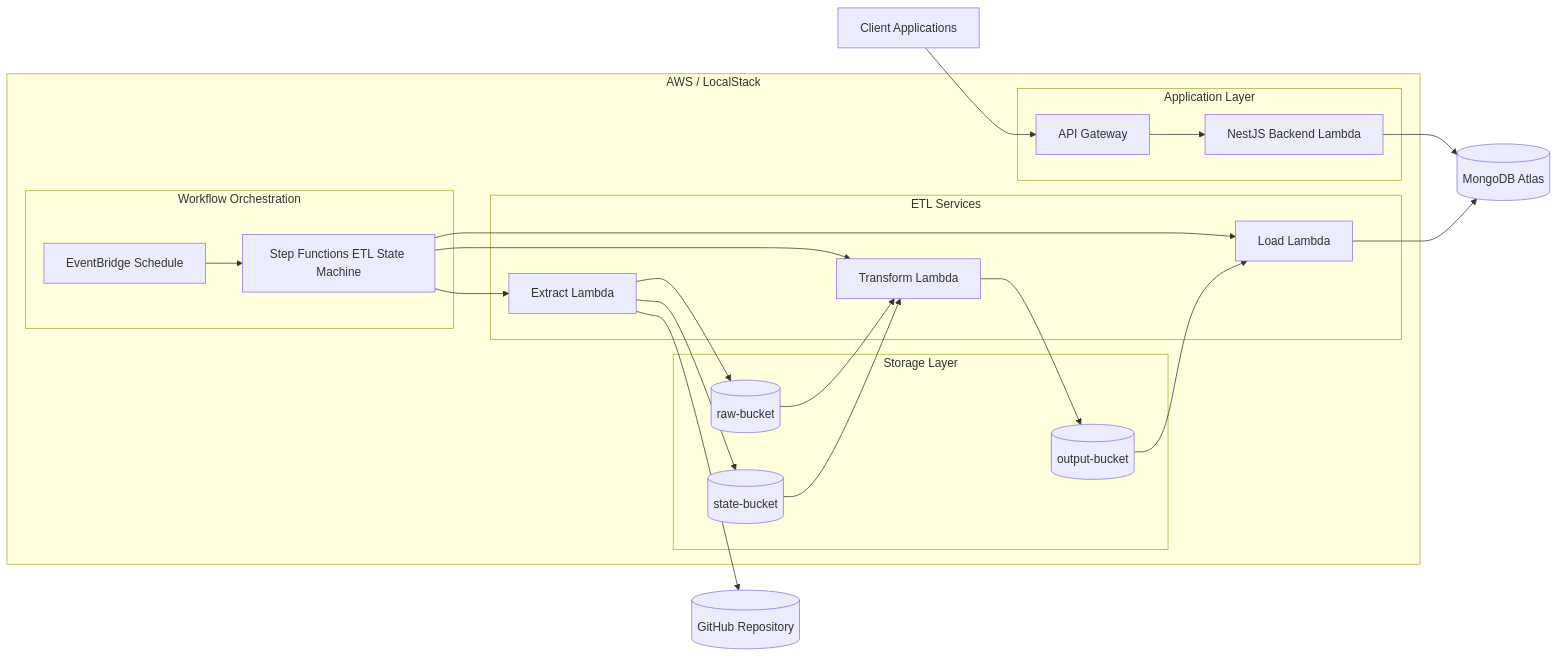
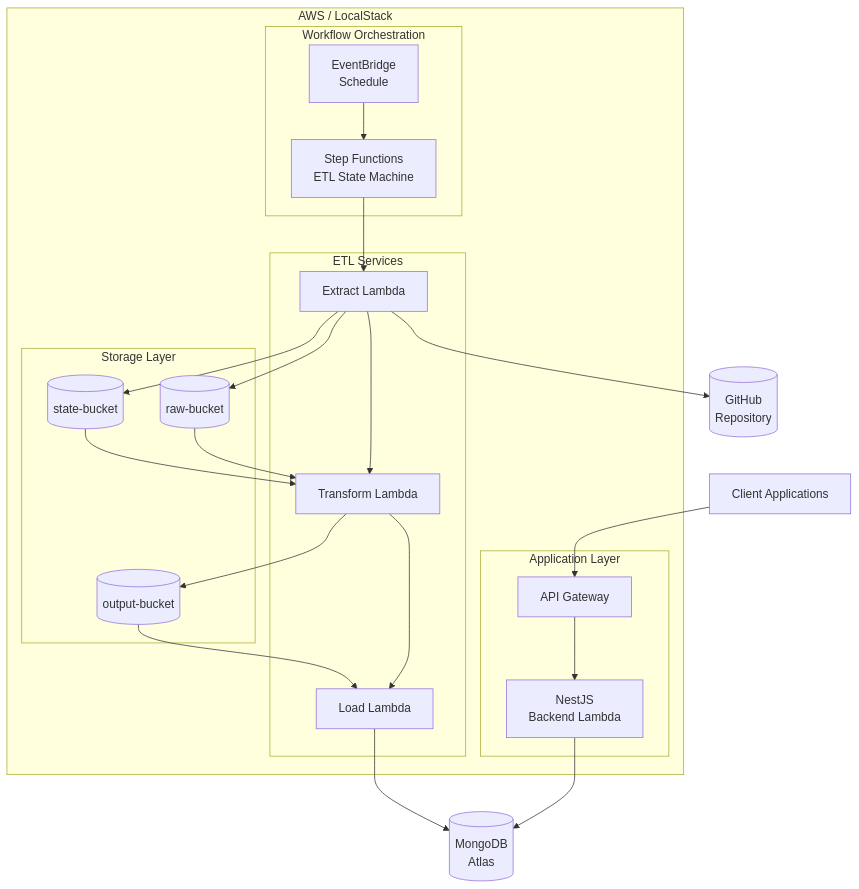
Before and after one commit to adham-nasr/roadmap: the first of 4 diagrams in README.md, drawn with Mermaid.

Commit message:
minor-fix

````diff
--- a/README.md
+++ b/README.md
@@ -13,67 +13,55 @@
 ```mermaid
-flowchart LR
-
+flowchart TD
     USER[Client Applications]
 
     subgraph AWS["AWS / LocalStack"]
-
         subgraph API["Application Layer"]
             APIGW[API Gateway]
-            NEST[NestJS Backend Lambda]
+            NEST[NestJS<br>Backend Lambda]
         end
 
         subgraph ORCH["Workflow Orchestration"]
-            SCHEDULE[EventBridge Schedule]
-            SFN[Step Functions ETL State Machine]
+            SCHEDULE[EventBridge<br>Schedule]
+            SFN[Step Functions<br>ETL State Machine]
         end
 
         subgraph ETL["ETL Services"]
-
             EXTRACT[Extract Lambda]
-
             TRANSFORM[Transform Lambda]
-
             LOAD[Load Lambda]
-
         end
 
         subgraph STORAGE["Storage Layer"]
-
             STATE[(state-bucket)]
-
             RAW[(raw-bucket)]
-
             OUTPUT[(output-bucket)]
-
         end
     end
 
-    GITHUB[(GitHub Repository)]
+    GITHUB[(GitHub<br>Repository)]
+    MONGO[(MongoDB<br>Atlas)]
 
-    MONGO[(MongoDB Atlas)]
-
-    USER --> APIGW
-    APIGW --> NEST
-
+    %% API Flow
+    USER --> APIGW --> NEST
     NEST --> MONGO
 
+    %% Orchestration Flow - FIXED to sequential chain
     SCHEDULE --> SFN
+    SFN --> EXTRACT --> TRANSFORM --> LOAD
 
-    SFN --> EXTRACT
-    SFN --> TRANSFORM
-    SFN --> LOAD
-
+    %% Extract dependencies
     EXTRACT --> GITHUB
-
     EXTRACT --> STATE
     EXTRACT --> RAW
 
+    %% Transform dependencies (reads from previous steps)
     RAW --> TRANSFORM
     STATE --> TRANSFORM
 
+    %% Load dependencies
     TRANSFORM --> OUTPUT
-
     OUTPUT --> LOAD
 
+    %% Final Load destination
     LOAD --> MONGO
 ```
````
